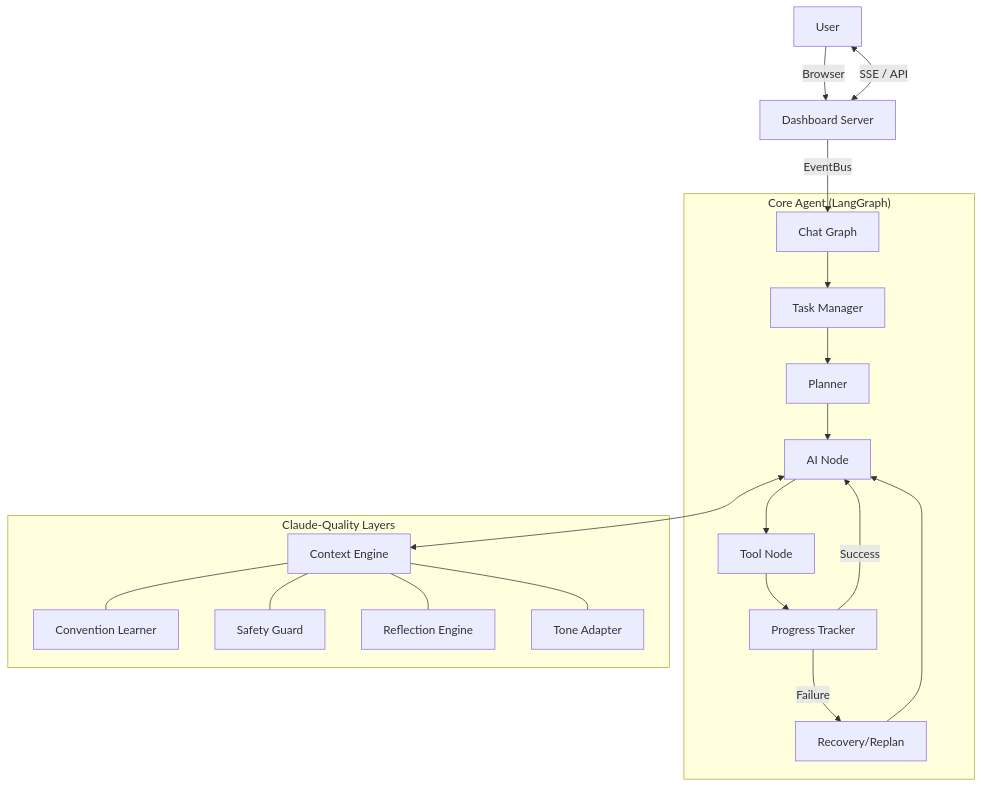
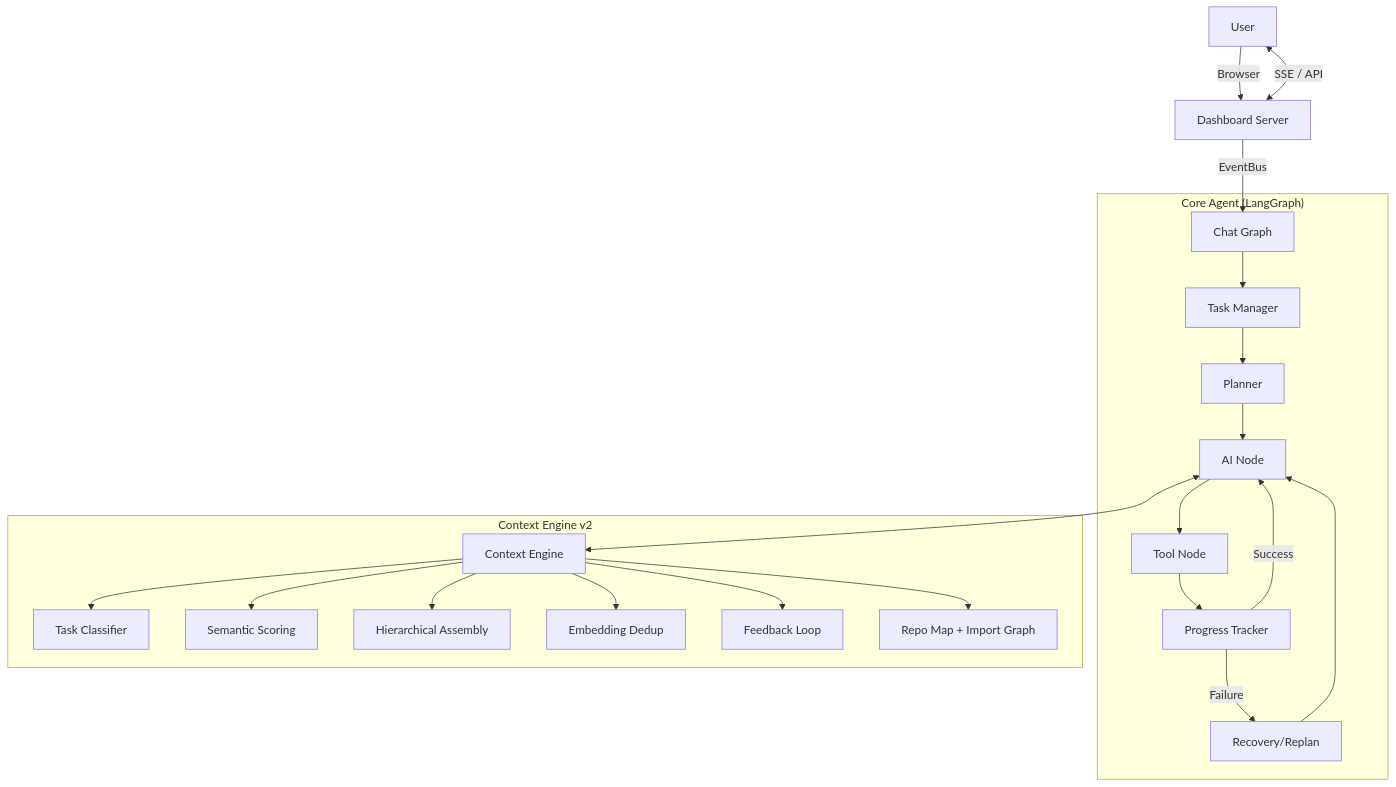
Before and after one commit to SriAkhilSJ/PulseAIRepo: the diagram in README.md, drawn with Mermaid. The commit also changed other lines of this file and 1 other file, not shown here.

Commit message:
docs: honest v2-vs-v1 comparison and Cursor assessment; fix: preserve import graph through repo map compression

````diff
--- a/README.md
+++ b/README.md
@@ -66,26 +116,28 @@
 ```mermaid
 flowchart TD
     U[User] -->|Browser| DASH[Dashboard Server]
     DASH -->|EventBus| GRAPH[Chat Graph]
 
     subgraph "Core Agent (LangGraph)"
         GRAPH --> TM[Task Manager]
         TM --> PL[Planner]
         PL --> AI[AI Node]
         AI --> TOOLS[Tool Node]
         TOOLS --> PROGRESS[Progress Tracker]
         PROGRESS -->|Success| AI
         PROGRESS -->|Failure| REC[Recovery/Replan]
         REC --> AI
     end
 
-    subgraph "Claude-Quality Layers"
+    subgraph "Context Engine v2"
         AI <--> CE[Context Engine]
-        CE --- CL[Convention Learner]
-        CE --- SG[Safety Guard]
-        CE --- RE[Reflection Engine]
-        CE --- TA[Tone Adapter]
+        CE --> TC[Task Classifier]
+        CE --> SC[Semantic Scoring]
+        CE --> HA[Hierarchical Assembly]
+        CE --> DD[Embedding Dedup]
+        CE --> FB[Feedback Loop]
+        CE --> RM[Repo Map + Import Graph]
     end
 
     DASH <-->|SSE / API| U
 ```
````
